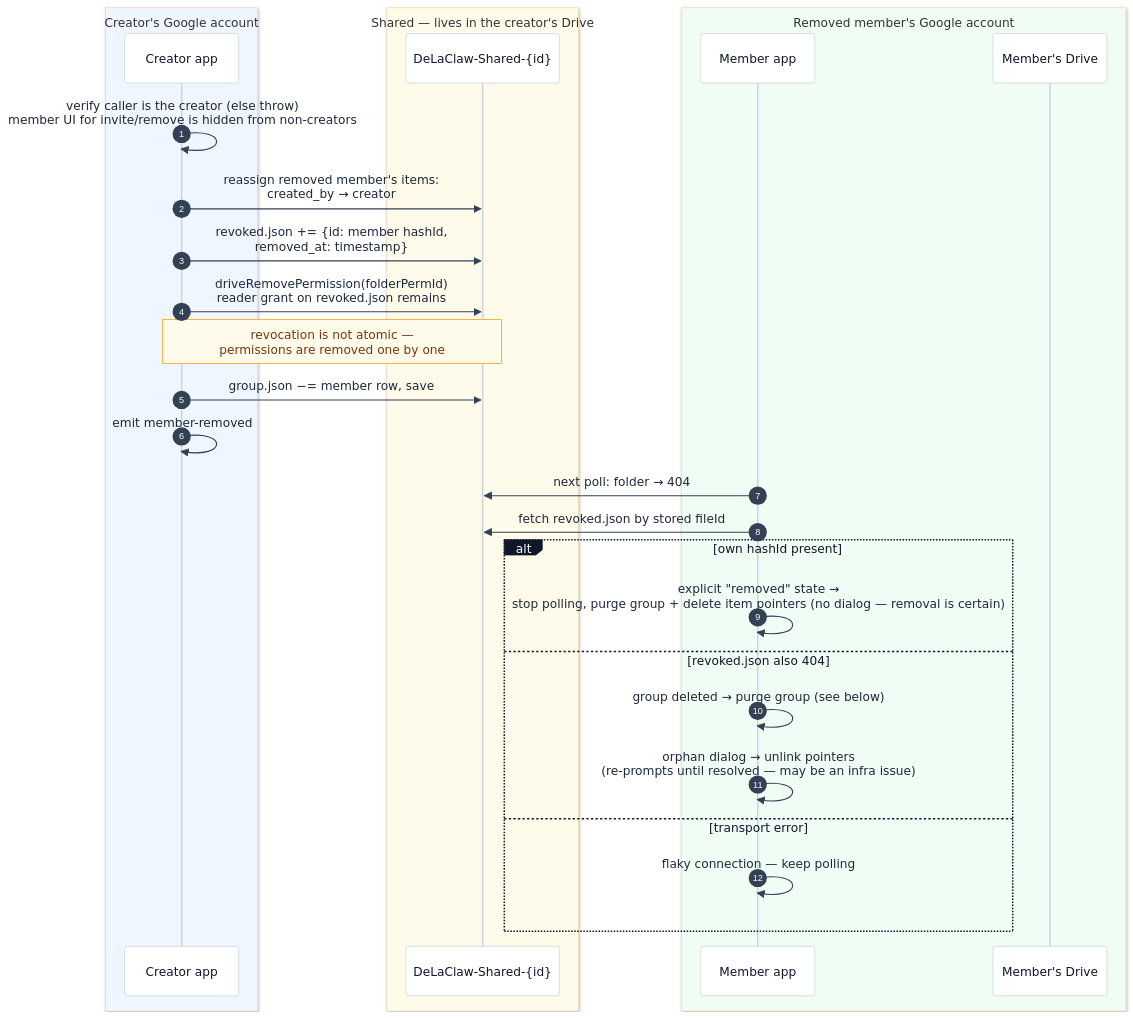
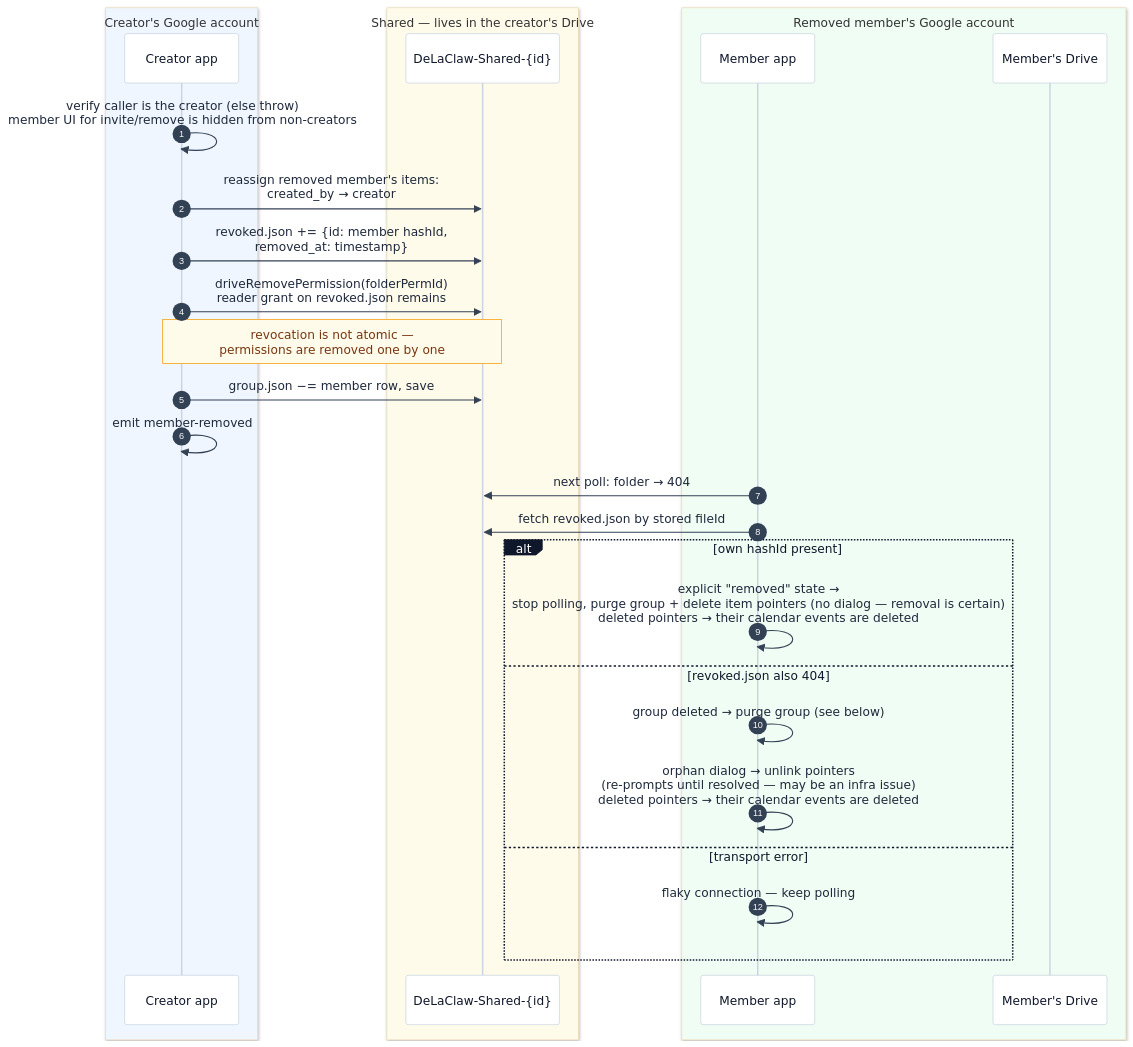
The tenth of 13 diagrams in docs-site/sharing.md (AntGro/DeLaClaw), drawn with Mermaid before and after one commit. The commit also changed other lines of this file and 18 other files, not shown here.

````diff
--- a/docs-site/sharing.md
+++ b/docs-site/sharing.md
@@ -388,33 +394,33 @@
 ```mermaid
 %%{init: {'theme': 'base', 'themeVariables': {'background': '#fbfaf8', 'actorBkg': '#ffffff', 'actorBorder': '#cbd5e1', 'actorTextColor': '#0f172a', 'actorLineColor': '#cbd5e1', 'signalColor': '#334155', 'signalTextColor': '#1e293b', 'noteBkgColor': '#fffbeb', 'noteBorderColor': '#f59e0b', 'noteTextColor': '#78350f', 'labelBoxBkgColor': '#0f172a', 'labelBoxBorderColor': '#0f172a', 'labelTextColor': '#ffffff'}}}%%
 sequenceDiagram
     autonumber
     box rgb(239,246,255) Creator's Google account
     participant CA as Creator app
     end
     box rgb(255,251,235) Shared — lives in the creator's Drive
     participant SF as DeLaClaw-Shared-{id}
     end
     box rgb(240,253,244) Removed member's Google account
     participant MA as Member app
     participant MD as Member's Drive
     end
 
     CA->>CA: verify caller is the creator (else throw)<br/>member UI for invite/remove is hidden from non-creators
     CA->>SF: reassign removed member's items:<br/>created_by → creator
     CA->>SF: revoked.json += {id: member hashId,<br/>removed_at: timestamp}
     CA->>SF: driveRemovePermission(folderPermId)<br/>reader grant on revoked.json remains
     Note over CA,SF: revocation is not atomic —<br/>permissions are removed one by one
     CA->>SF: group.json −= member row, save
     CA->>CA: emit member-removed
     MA->>SF: next poll: folder → 404
     MA->>SF: fetch revoked.json by stored fileId
     alt own hashId present
-    MA->>MA: explicit "removed" state →<br/>stop polling, purge group + delete item pointers (no dialog — removal is certain)
+    MA->>MA: explicit "removed" state →<br/>stop polling, purge group + delete item pointers (no dialog — removal is certain)<br/>deleted pointers → their calendar events are deleted
     else revoked.json also 404
     MA->>MA: group deleted → purge group (see below)
-    MA->>MA: orphan dialog → unlink pointers<br/>(re-prompts until resolved — may be an infra issue)
+    MA->>MA: orphan dialog → unlink pointers<br/>(re-prompts until resolved — may be an infra issue)<br/>deleted pointers → their calendar events are deleted
     else transport error
     MA->>MA: flaky connection — keep polling
     end
 ```
````
